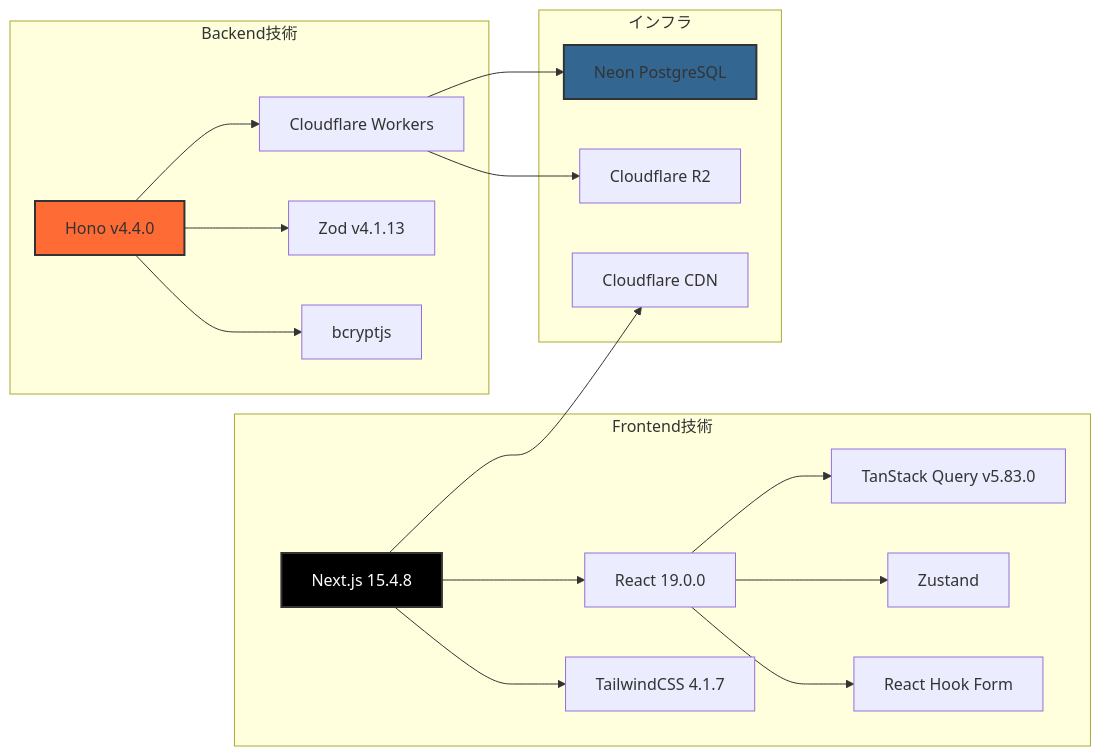
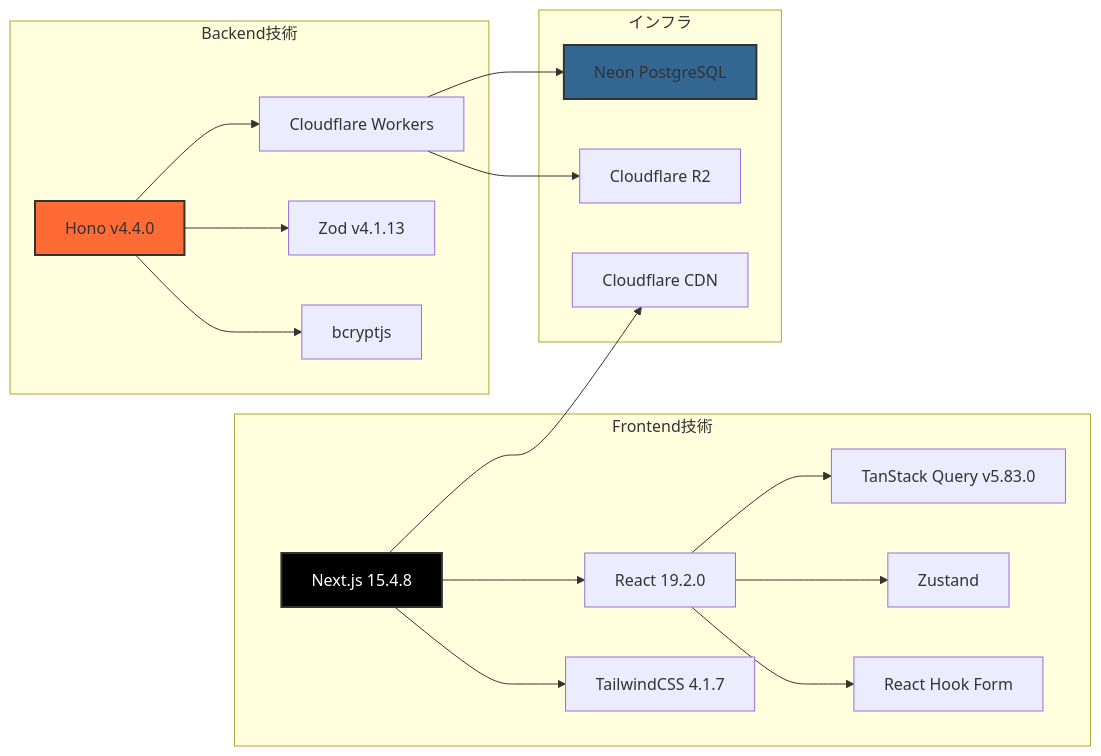
One commit to ProjectEuropa/Europa changed the third of 3 diagrams in readme.md. Above: the diagram before and after it, drawn with Mermaid. The commit also changed other lines of this file and 1 other file, not shown here.

Commit message:
fix: READMEのバージョン情報とセキュリティ問題を修正
- readme.mdのReactバージョンを19.0.0から19.2.0に更新
- .env.local.exampleのBasic認証変数からNEXT_PUBLIC_プレフィックスを削除
  (クライアントサイドへの認証情報の露出を防ぐため)
- セキュリティに関する注意書きを追加

Fixes #302

````diff
--- a/readme.md
+++ b/readme.md
@@ -222,42 +222,42 @@
 ```mermaid
 graph LR
     subgraph "Frontend技術"
         NextJS[Next.js 15.4.8]
-        React[React 19.0.0]
+        React[React 19.2.0]
         TailwindCSS[TailwindCSS 4.1.7]
         TanStack[TanStack Query v5.83.0]
         Zustand[Zustand]
         RHF[React Hook Form]
     end
 
     subgraph "Backend技術"
         Hono[Hono v4.4.0]
         Workers[Cloudflare Workers]
         Zod[Zod v4.1.13]
         Bcrypt[bcryptjs]
     end
 
     subgraph "インフラ"
         Neon[Neon PostgreSQL]
         R2[Cloudflare R2]
         CF[Cloudflare CDN]
     end
 
     NextJS --> React
     NextJS --> TailwindCSS
     React --> TanStack
     React --> Zustand
     React --> RHF
 
     Hono --> Workers
     Hono --> Zod
     Hono --> Bcrypt
 
     Workers --> Neon
     Workers --> R2
     NextJS --> CF
 
     style NextJS fill:#000,color:#fff,stroke:#333,stroke-width:2px
     style Hono fill:#ff6b35,stroke:#333,stroke-width:2px
     style Neon fill:#336791,stroke:#333,stroke-width:2px
 ```
````
